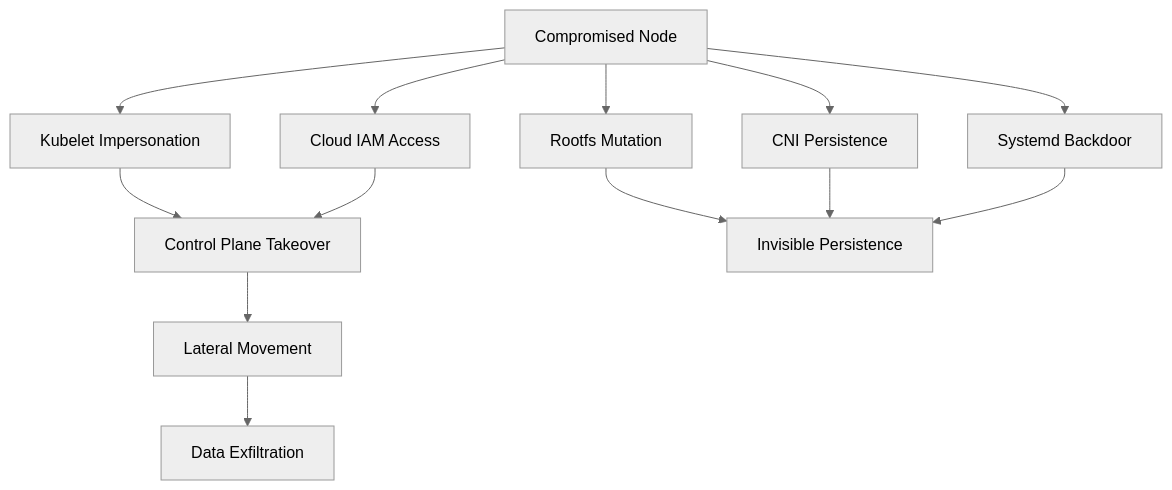
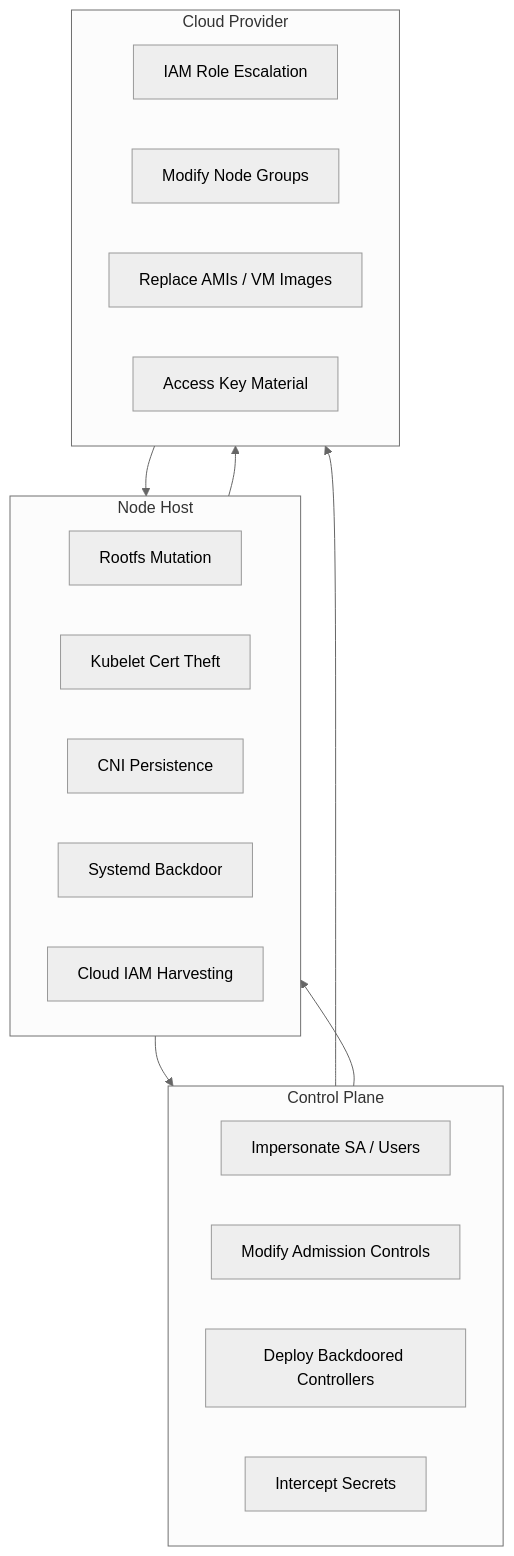
The diagram in k3/redteam/22_post_exploitation.md (babywyrm/sysadmin), drawn with Mermaid (neutral theme) before and after one commit. The commit also changed other lines of this file, not shown here.

````diff
--- a/k3/redteam/22_post_exploitation.md
+++ b/k3/redteam/22_post_exploitation.md
@@ -400,18 +405,31 @@
 ```mermaid
 flowchart TD
 
-Node["Compromised Node"] --> Kubelet["Kubelet Impersonation"]
-Node --> Cloud["Cloud IAM Access"]
-Node --> Rootfs["Rootfs Mutation"]
-Node --> CNI["CNI Persistence"]
-Node --> Systemd["Systemd Backdoor"]
+subgraph Node["Node Host"]
+  A1["Rootfs Mutation"]
+  A2["Kubelet Cert Theft"]
+  A3["CNI Persistence"]
+  A4["Systemd Backdoor"]
+  A5["Cloud IAM Harvesting"]
+end
 
-Kubelet --> CP["Control Plane Takeover"]
-Cloud --> CP
-Rootfs --> Persist["Invisible Persistence"]
-CNI --> Persist
-Systemd --> Persist
+subgraph CP["Control Plane"]
+  C1["Impersonate SA / Users"]
+  C2["Modify Admission Controls"]
+  C3["Deploy Backdoored Controllers"]
+  C4["Intercept Secrets"]
+end
 
-CP --> Lateral["Lateral Movement"]
-Lateral --> Exfil["Data Exfiltration"]
+subgraph Cloud["Cloud Provider"]
+  D1["IAM Role Escalation"]
+  D2["Modify Node Groups"]
+  D3["Replace AMIs / VM Images"]
+  D4["Access Key Material"]
+end
+
+Node --> CP
+Node --> Cloud
+CP --> Cloud
+CP --> Node
+Cloud --> Node
 ```
````
